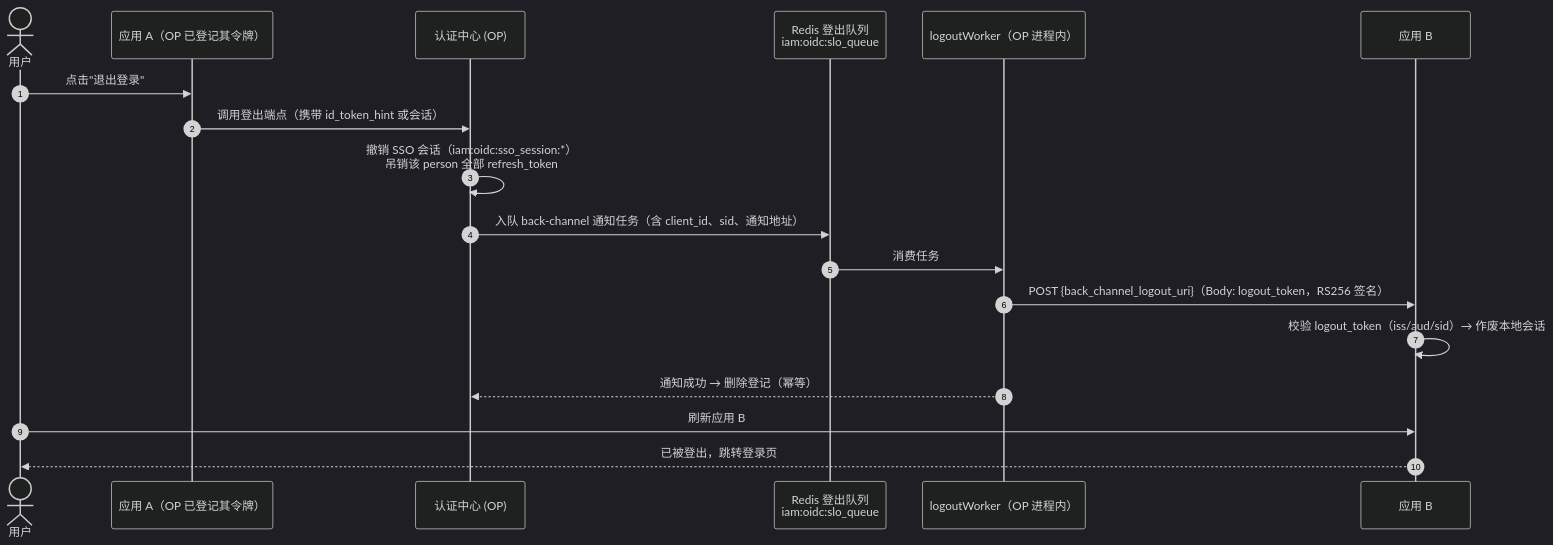
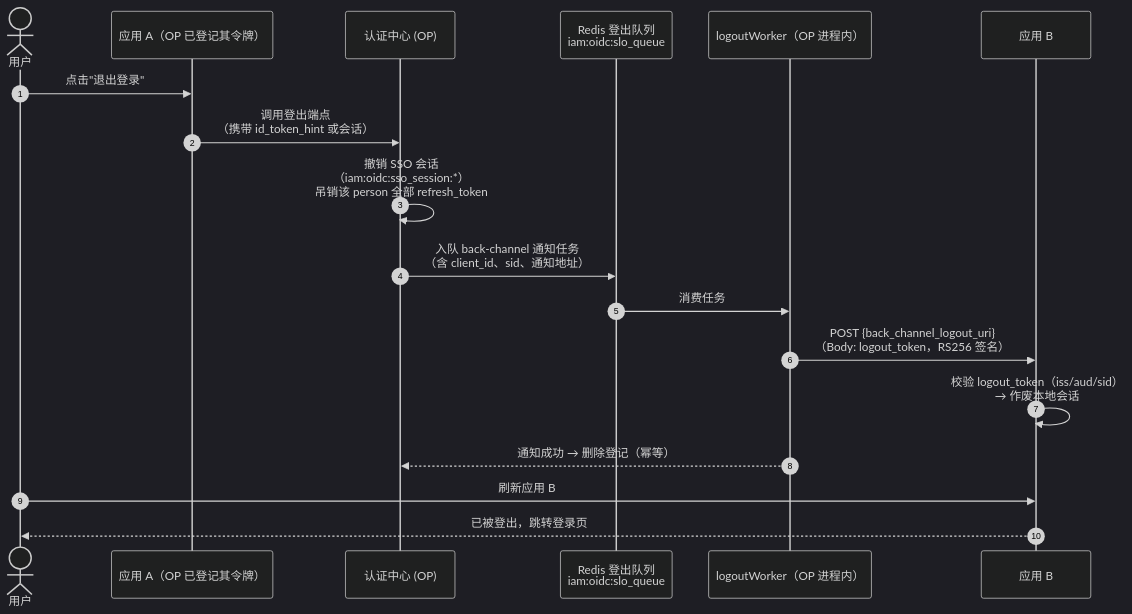
Before and after one commit to morehao/ark-iam: diagram 11 of 12 in docs/design/sso-oidc-concepts.md, drawn with Mermaid (dark theme). The commit also changed other lines of this file and 172 other files, not shown here.

````diff
--- a/docs/design/sso-oidc-concepts.md
+++ b/docs/design/sso-oidc-concepts.md
@@ -348,21 +348,21 @@
 ```mermaid
 sequenceDiagram
     autonumber
     actor U as 用户
     participant RP1 as 应用 A（OP 已登记其令牌）
     participant OP as 认证中心 (OP)
     participant Q as Redis 登出队列<br/>iam:oidc:slo_queue
     participant W as logoutWorker（OP 进程内）
     participant RP2 as 应用 B
 
     U->>RP1: 点击"退出登录"
-    RP1->>OP: 调用登出端点（携带 id_token_hint 或会话）
-    OP->>OP: 撤销 SSO 会话（iam:oidc:sso_session:*）<br/>吊销该 person 全部 refresh_token
-    OP->>Q: 入队 back-channel 通知任务（含 client_id、sid、通知地址）
+    RP1->>OP: 调用登出端点<br/>（携带 id_token_hint 或会话）
+    OP->>OP: 撤销 SSO 会话<br/>（iam:oidc:sso_session:*）<br/>吊销该 person 全部 refresh_token
+    OP->>Q: 入队 back-channel 通知任务<br/>（含 client_id、sid、通知地址）
     Q->>W: 消费任务
-    W->>RP2: POST {back_channel_logout_uri}（Body: logout_token，RS256 签名）
-    RP2->>RP2: 校验 logout_token（iss/aud/sid）→ 作废本地会话
+    W->>RP2: POST {back_channel_logout_uri}<br/>（Body: logout_token，RS256 签名）
+    RP2->>RP2: 校验 logout_token（iss/aud/sid）<br/>→ 作废本地会话
     W-->>OP: 通知成功 → 删除登记（幂等）
     U->>RP2: 刷新应用 B
     RP2-->>U: 已被登出，跳转登录页
 ```
````
